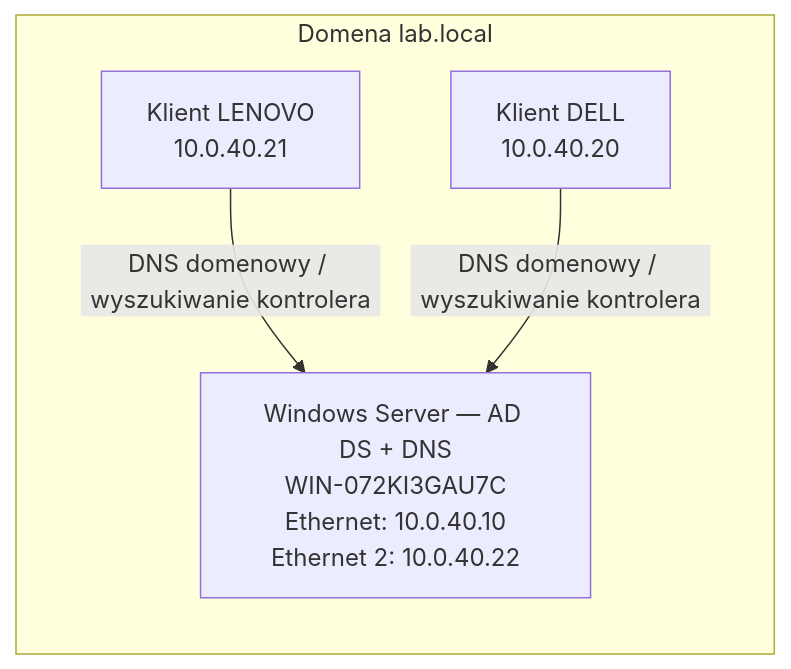
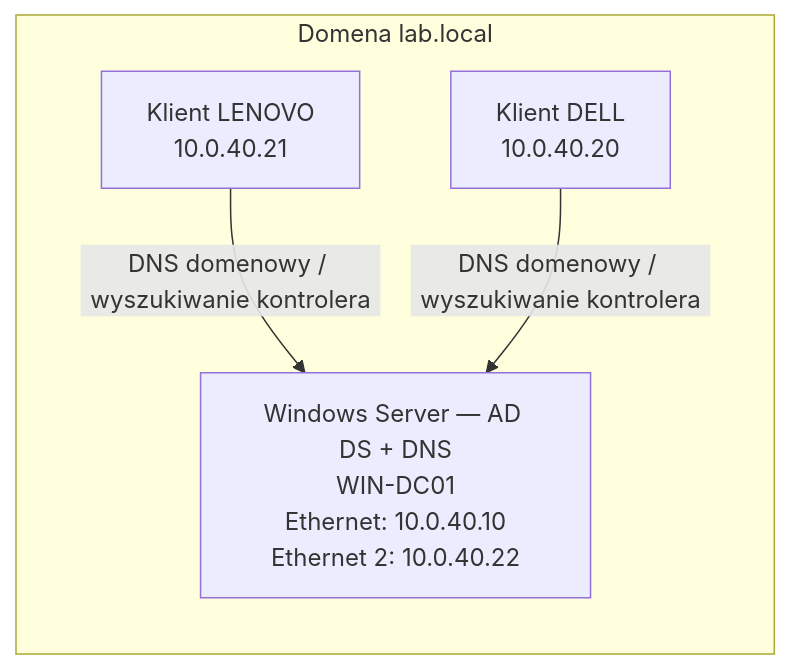
One commit to BartlomiejCibor/ad-sysadmin-lab changed the diagram in README.md. Above: the diagram before and after it, drawn with Mermaid.

Commit message:
Update server name in README.md

````diff
--- a/README.md
+++ b/README.md
@@ -7,10 +7,10 @@
 ```mermaid
 flowchart LR
     subgraph D["Domena lab.local"]
-        DC["Windows Server — AD DS + DNS<br/>WIN-072KI3GAU7C<br/>Ethernet: 10.0.40.10<br/>Ethernet 2: 10.0.40.22"]
+        DC["Windows Server — AD DS + DNS<br/>WIN-DC01<br/>Ethernet: 10.0.40.10<br/>Ethernet 2: 10.0.40.22"]
         L["Klient LENOVO<br/>10.0.40.21"]
         E["Klient DELL<br/>10.0.40.20"]
         L -->|"DNS domenowy / wyszukiwanie kontrolera"| DC
         E -->|"DNS domenowy / wyszukiwanie kontrolera"| DC
     end
 ```
````
